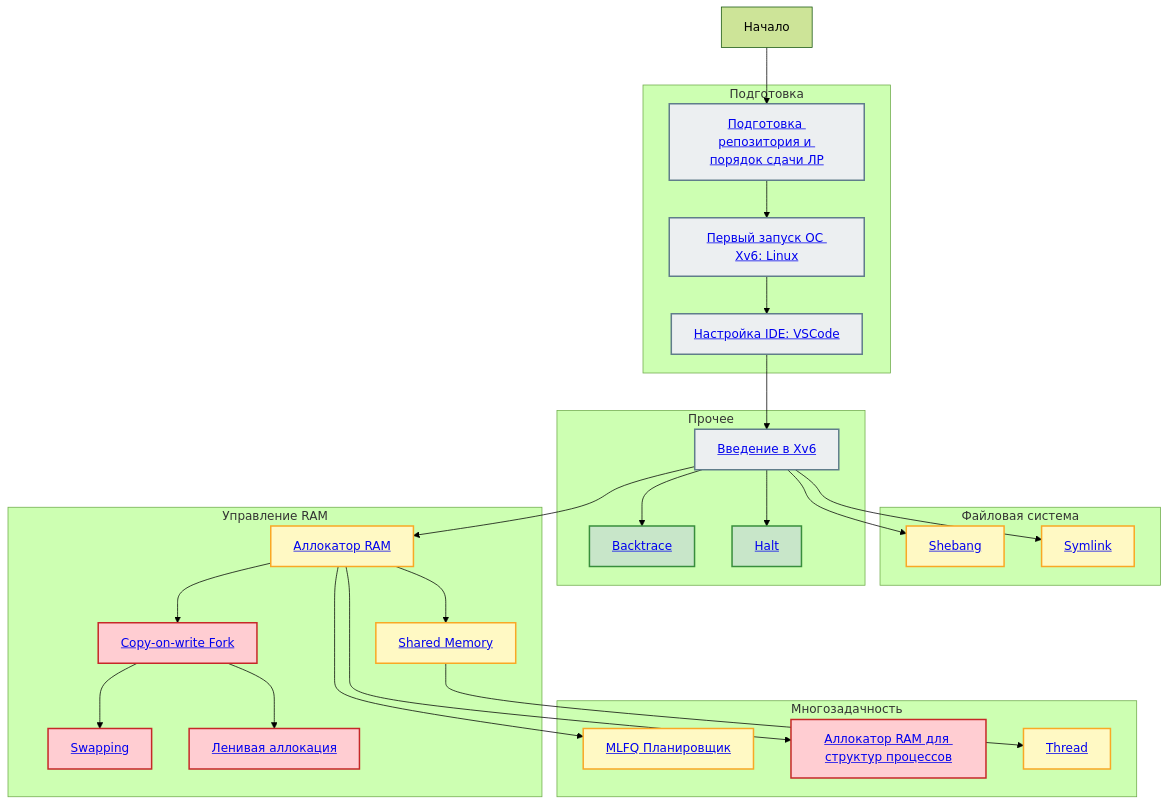
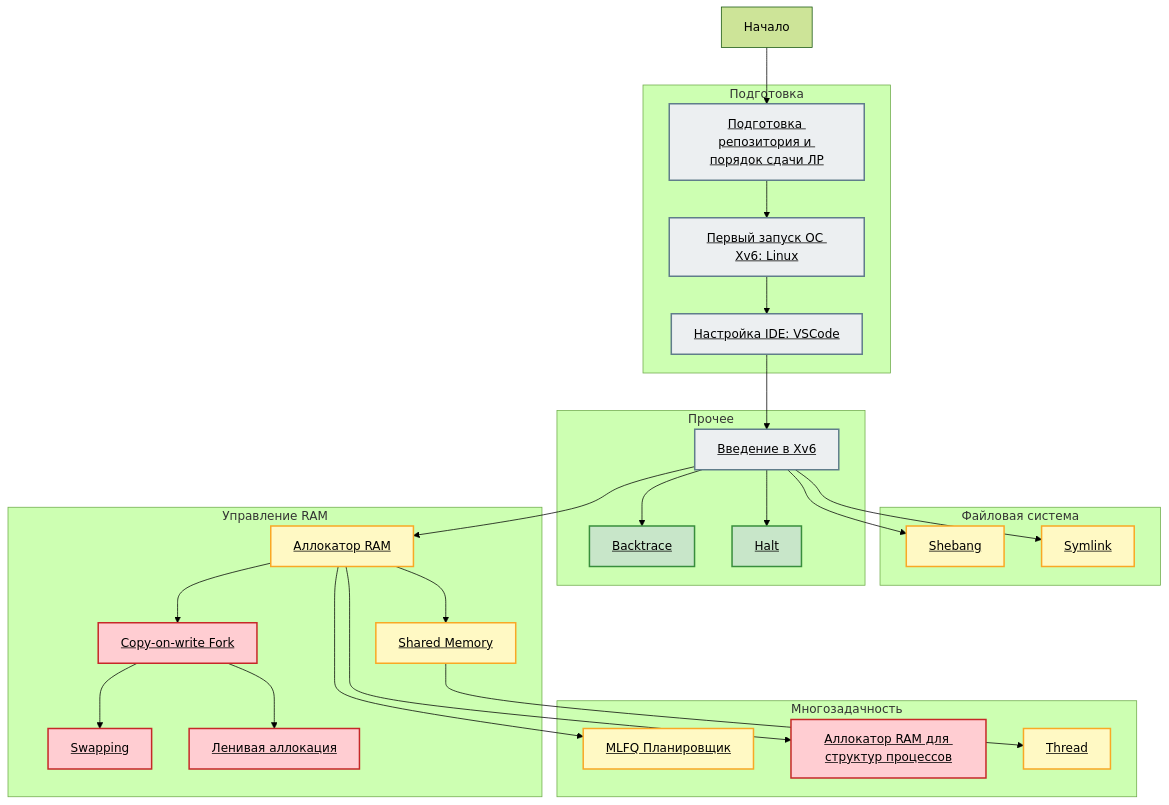
One commit to secs-dev/xv6-riscv changed the diagram in README.md. Above: the diagram before and after it, drawn with Mermaid (forest theme).

Commit message:
black urls

````diff
--- a/README.md
+++ b/README.md
@@ -3,74 +3,74 @@
 ```mermaid
 graph TD
     start["Начало"]
 
     subgraph setup ["Подготовка"]
-        repo["<a href='/doc/setup/repo.md'>Подготовка репозитория и порядок сдачи ЛР</a>"]
-        setup_linux["<a href='/doc/setup/linux.md'>Первый запуск ОС Xv6: Linux</a>"]
-        vscode["<a href='/doc/dev/vscode.md'>Настройка IDE: VSCode</a>"]
+        repo["<a href='/doc/setup/repo.md' style='color:black;'>Подготовка репозитория и порядок сдачи ЛР</a>"]
+        setup_linux["<a href='/doc/setup/linux.md' style='color:black;'>Первый запуск ОС Xv6: Linux</a>"]
+        vscode["<a href='/doc/dev/vscode.md' style='color:black;'>Настройка IDE: VSCode</a>"]
     end
 
     subgraph fs ["Файловая система"]
-        shebang["<a href='/doc/lab/shebang.md'>Shebang</a>"]
-        symlink["<a href='/doc/lab/symlink.md'>Symlink</a>"]
+        shebang["<a href='/doc/lab/shebang.md' style='color:black;'>Shebang</a>"]
+        symlink["<a href='/doc/lab/symlink.md' style='color:black;'>Symlink</a>"]
     end
 
     subgraph misc ["Прочее"]
-        intro["<a href='/doc/lab/intro.md'>Введение в Xv6</a>"]
-        backtrace["<a href='/doc/lab/backtrace.md'>Backtrace</a>"]
-        halt["<a href='/doc/lab/halt.md'>Halt</a>"]
+        intro["<a href='/doc/lab/intro.md' style='color:black;'>Введение в Xv6</a>"]
+        backtrace["<a href='/doc/lab/backtrace.md' style='color:black;'>Backtrace</a>"]
+        halt["<a href='/doc/lab/halt.md' style='color:black;'>Halt</a>"]
     end
 
     subgraph mp ["Многозадачность"]
-        mlfq["<a href='/doc/lab/mlfq.md'>MLFQ Планировщик</a>"]
-        allocproc["<a href='/doc/lab/allocproc.md'>Аллокатор RAM для структур процессов</a>"]
-        thread["<a href='/doc/lab/thread.md'>Thread</a>"]
+        mlfq["<a href='/doc/lab/mlfq.md' style='color:black;'>MLFQ Планировщик</a>"]
+        allocproc["<a href='/doc/lab/allocproc.md' style='color:black;'>Аллокатор RAM для структур процессов</a>"]
+        thread["<a href='/doc/lab/thread.md' style='color:black;'>Thread</a>"]
     end
 
     subgraph mm ["Управление RAM"]
-        filealloc["<a href='/doc/lab/filealloc.md'>Аллокатор RAM</a>"]
-        shmem["<a href='/doc/lab/shmem.md'>Shared Memory</a>"]
-        cow["<a href='/doc/lab/cow.md'>Copy-on-write Fork</a>"]
-        swap["<a href='/doc/lab/swap.md'>Swapping</a>"]
-        lazyalloc["<a href='/doc/lab/lazyalloc.md'>Ленивая аллокация</a>"]
+        filealloc["<a href='/doc/lab/filealloc.md' style='color:black;'>Аллокатор RAM</a>"]
+        shmem["<a href='/doc/lab/shmem.md' style='color:black;'>Shared Memory</a>"]
+        cow["<a href='/doc/lab/cow.md' style='color:black;'>Copy-on-write Fork</a>"]
+        swap["<a href='/doc/lab/swap.md' style='color:black;'>Swapping</a>"]
+        lazyalloc["<a href='/doc/lab/lazyalloc.md' style='color:black;'>Ленивая аллокация</a>"]
     end
 
     start --> repo
     repo --> setup_linux
     setup_linux --> vscode
 
     intro --> shebang
     intro --> symlink
 
     vscode --> intro
     intro --> backtrace
     intro --> halt
 
     filealloc --> mlfq
     filealloc --> allocproc
     shmem --> thread
 
     intro --> filealloc
     filealloc --> shmem
     filealloc --> cow
     cow --> lazyalloc
     cow --> swap
 
     classDef free fill:#eceff1,stroke:#607d8b,stroke-width:2px,color:#37474f
     classDef easy fill:#c8e6c9,stroke:#388e3c,stroke-width:2px,color:#1b5e20
     classDef medium fill:#fff9c4,stroke:#f9a825,stroke-width:2px,color:#f57f17
     classDef hard fill:#ffcdd2,stroke:#c62828,stroke-width:2px,color:#b71c1c
 
     class repo,setup_linux,vscode free
 
     class intro free
     class backtrace,halt easy
 
     class shebang,symlink medium
 
     class thread,mlfq medium
     class allocproc hard
 
     class filealloc,shmem medium
     class cow,swap,lazyalloc hard
 ```
````
